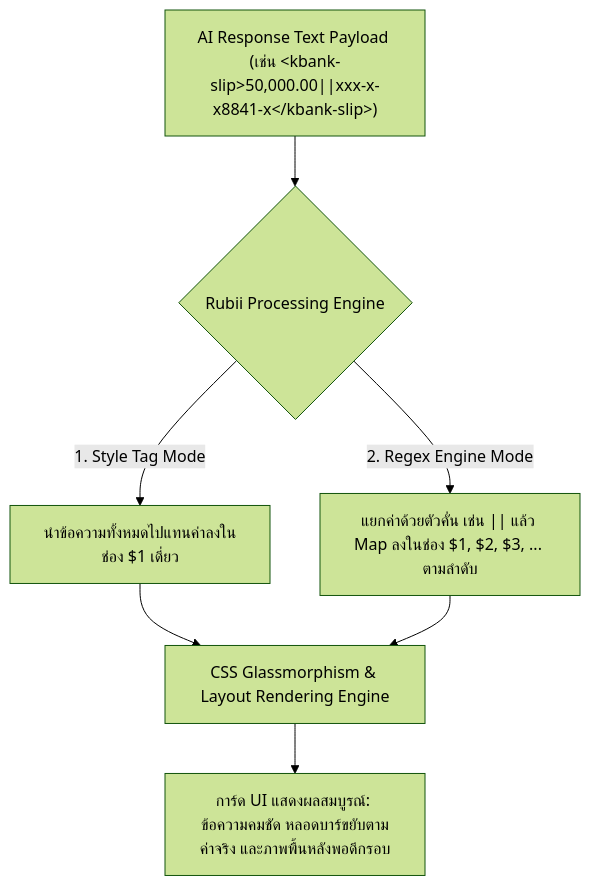
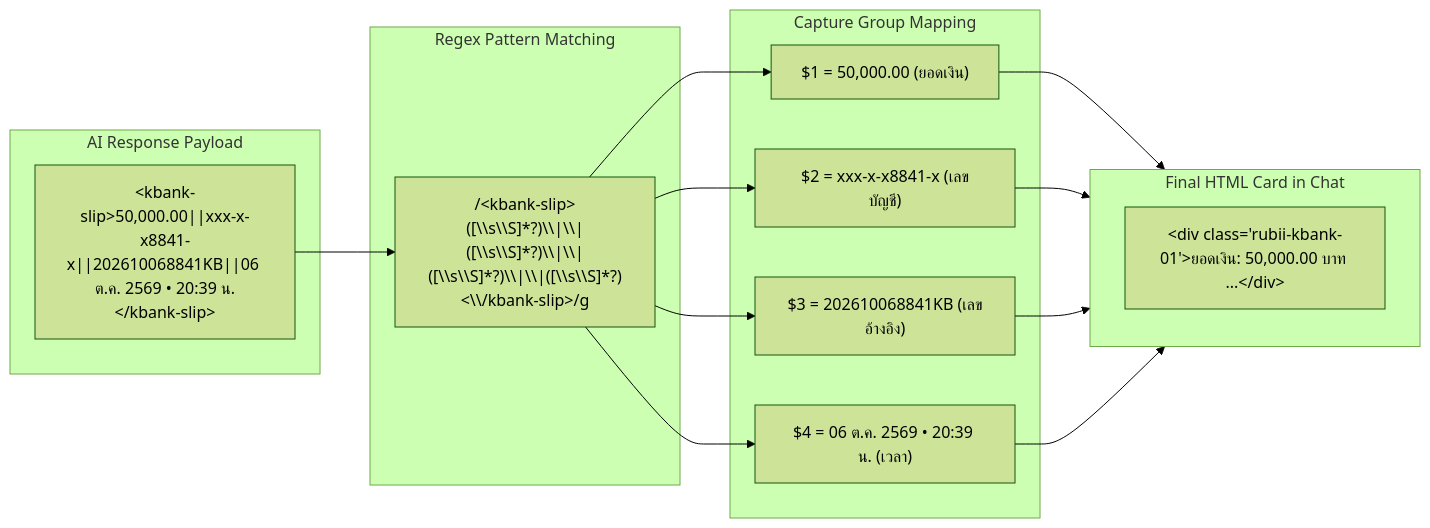
One commit to jadesolju/Snippet-Studio changed the second of 7 diagrams in RUBII_CODE_STUDY_AND_ARCHITECTURE_RESEARCH.md. Above: the diagram before and after it, drawn with Mermaid (forest theme). The commit also changed other lines of this file, not shown here.

Commit message:
docs: master internal engineering study guide and architecture manual

````diff
--- a/RUBII_CODE_STUDY_AND_ARCHITECTURE_RESEARCH.md
+++ b/RUBII_CODE_STUDY_AND_ARCHITECTURE_RESEARCH.md
@@ -32,9 +98,25 @@
 ```mermaid
-graph TD
-    A["AI Response Text Payload (เช่น &lt;kbank-slip&gt;50,000.00||xxx-x-x8841-x&lt;/kbank-slip&gt;)"] --> B{"Rubii Processing Engine"}
-    B -->|"1. Style Tag Mode"| C["นำข้อความทั้งหมดไปแทนค่าลงในช่อง $1 เดี่ยว"]
-    B -->|"2. Regex Engine Mode"| D["แยกค่าด้วยตัวคั่น เช่น || แล้ว Map ลงในช่อง $1, $2, $3, ... ตามลำดับ"]
-    C --> E["CSS Glassmorphism & Layout Rendering Engine"]
-    D --> E
-    E --> F["การ์ด UI แสดงผลสมบูรณ์: ข้อความคมชัด หลอดบาร์ขยับตามค่าจริง และภาพพื้นหลังพอดีกรอบ"]
+flowchart LR
+    subgraph InputPayload["AI Response Payload"]
+        IP["&lt;kbank-slip&gt;50,000.00||xxx-x-x8841-x||202610068841KB||06 ต.ค. 2569 • 20:39 น.&lt;/kbank-slip&gt;"]
+    end
+
+    subgraph RegexEngine["Regex Pattern Matching"]
+        RP["/&lt;kbank-slip&gt;([\\s\\S]*?)\\|\\|([\\s\\S]*?)\\|\\|([\\s\\S]*?)\\|\\|([\\s\\S]*?)&lt;\\/kbank-slip&gt;/g"]
+    end
+
+    subgraph Slots["Capture Group Mapping"]
+        S1["$1 = 50,000.00 (ยอดเงิน)"]
+        S2["$2 = xxx-x-x8841-x (เลขบัญชี)"]
+        S3["$3 = 202610068841KB (เลขอ้างอิง)"]
+        S4["$4 = 06 ต.ค. 2569 • 20:39 น. (เวลา)"]
+    end
+
+    subgraph RenderedCard["Final HTML Card in Chat"]
+        RC["&lt;div class='rubii-kbank-01'&gt;ยอดเงิน: 50,000.00 บาท ...&lt;/div&gt;"]
+    end
+
+    IP --> RP
+    RP --> S1 & S2 & S3 & S4
+    S1 & S2 & S3 & S4 --> RenderedCard
 ```
````
